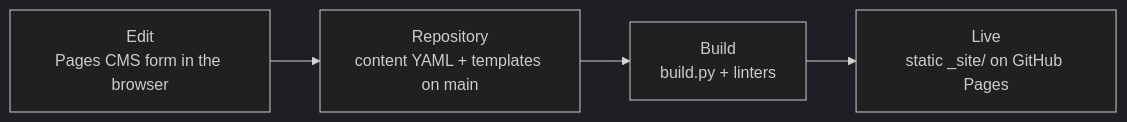
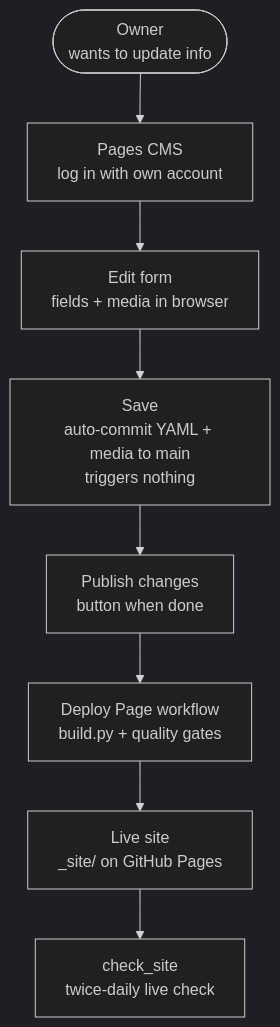
One commit to pgValero/neurogarval changed the diagram in README.md. Above: the diagram before and after it, drawn with Mermaid (dark theme).

Commit message:
Update README diagram

````diff
--- a/README.md
+++ b/README.md
@@ -92,6 +92,10 @@
 ```mermaid
-flowchart LR
-    Edit["Edit<br/>Pages CMS form in the browser"] --> Repo["Repository<br/>content YAML + templates on main"]
-    Repo --> Build["Build<br/>build.py + linters"]
-    Build --> Live["Live<br/>static _site/ on GitHub Pages"]
+flowchart TD
+    Owner(["Owner<br/>wants to update info"]) --> Login["Pages CMS<br/>log in with own account"]
+    Login --> Edit["Edit form<br/>fields + media in browser"]
+    Edit --> Save["Save<br/>auto-commit YAML + media to main<br/>triggers nothing"]
+    Save --> Publish["Publish changes<br/>button when done"]
+    Publish --> Deploy["Deploy Page workflow<br/>build.py + quality gates"]
+    Deploy --> Live["Live site<br/>_site/ on GitHub Pages"]
+    Live --> Check["check_site<br/>twice-daily live check"]
 ```
````
